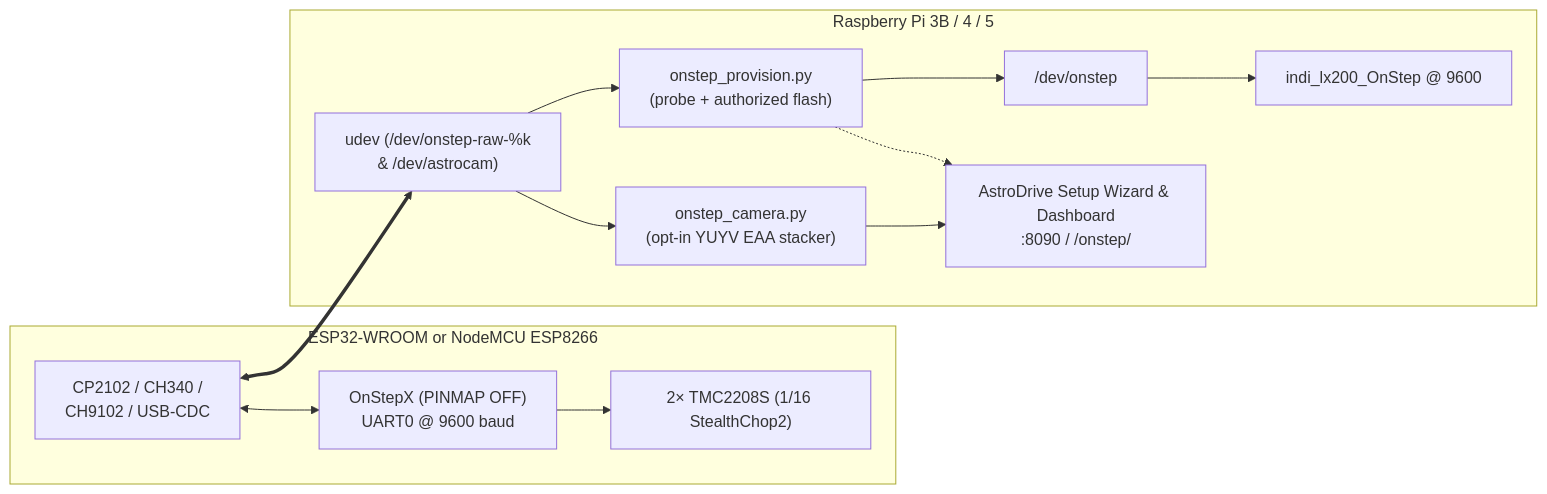
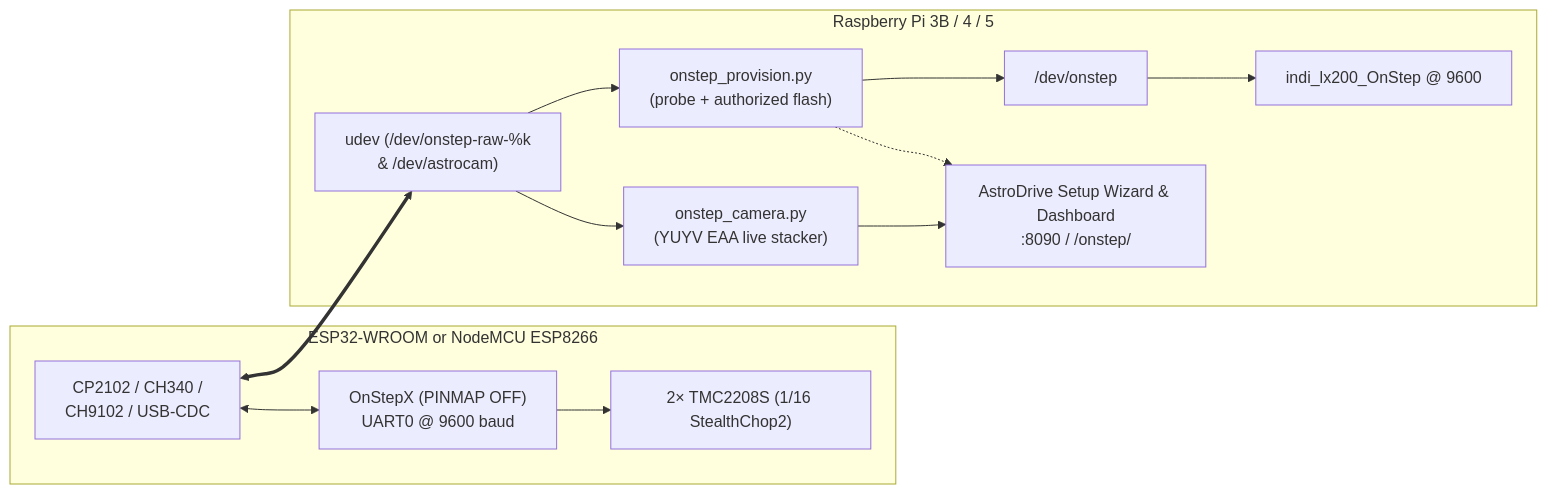
The diagram in README.md (0denko/AstroDrive), drawn with Mermaid before and after one commit. The commit also changed other lines of this file and 9 other files, not shown here.

Commit message:
Auto-install USB camera & EAA live-stacking stack by default (with --without-camera opt-out)

````diff
--- a/README.md
+++ b/README.md
@@ -146,21 +141,21 @@
 ```mermaid
 flowchart LR
     subgraph MCU["ESP32-WROOM or NodeMCU ESP8266"]
         USB["CP2102 / CH340 /\nCH9102 / USB-CDC"]
         FW["OnStepX (PINMAP OFF)\nUART0 @ 9600 baud"]
         DRV["2× TMC2208S (1/16 StealthChop2)"]
         USB <--> FW --> DRV
     end
     subgraph RPI["Raspberry Pi 3B / 4 / 5"]
         UDEV["udev (/dev/onstep-raw-%k\n& /dev/astrocam)"]
         PROV["onstep_provision.py\n(probe + authorized flash)"]
-        CAM["onstep_camera.py\n(opt-in YUYV EAA stacker)"]
+        CAM["onstep_camera.py\n(YUYV EAA live stacker)"]
         LINK["/dev/onstep"]
         INDI["indi_lx200_OnStep @ 9600"]
         UI["AstroDrive Setup Wizard & Dashboard\n:8090 / /onstep/"]
         UDEV --> PROV --> LINK --> INDI
         UDEV --> CAM --> UI
         PROV -.-> UI
     end
     USB <==> UDEV
 ```
````
